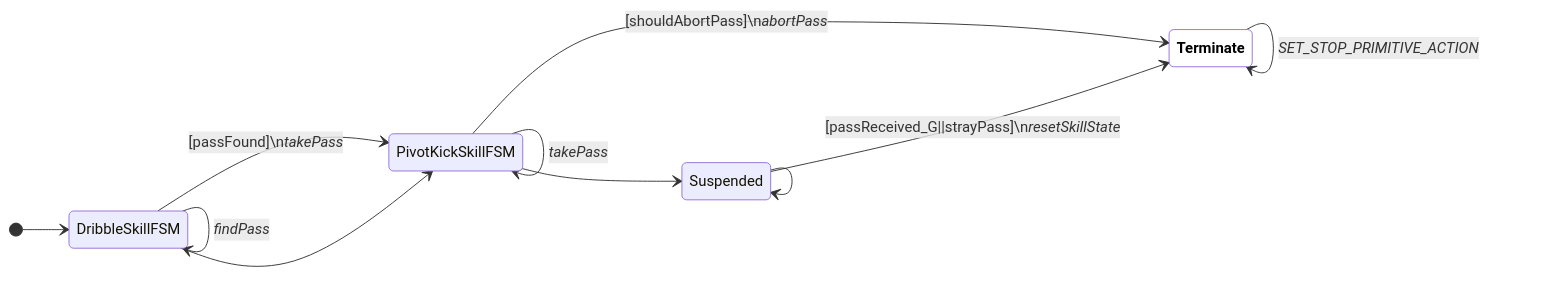
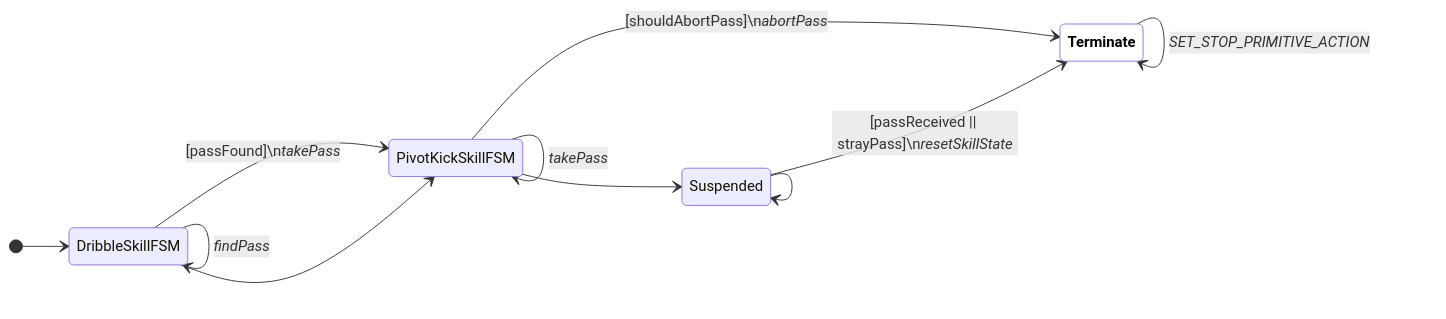
Before and after one commit to UBC-Thunderbots/Software: diagram 15 of 24 in docs/fsm-diagrams.md, drawn with Mermaid. The commit also changed other lines of this file and 71 other files, not shown here.

````diff
--- a/docs/fsm-diagrams.md
+++ b/docs/fsm-diagrams.md
@@ -245,17 +268,17 @@
 ```mermaid
 
 stateDiagram-v2
 classDef terminate fill:white,color:black,font-weight:bold
 direction LR
 [*] --> DribbleSkillFSM
 DribbleSkillFSM --> PivotKickSkillFSM : [passFound]\n<i>takePass</i>
 DribbleSkillFSM --> DribbleSkillFSM : <i>findPass</i>
 DribbleSkillFSM --> PivotKickSkillFSM
 PivotKickSkillFSM --> Terminate:::terminate : [shouldAbortPass]\n<i>abortPass</i>
 PivotKickSkillFSM --> PivotKickSkillFSM : <i>takePass</i>
 PivotKickSkillFSM --> Suspended
-Suspended --> Terminate:::terminate : [passReceived_G||strayPass]\n<i>resetSkillState</i>
+Suspended --> Terminate:::terminate : [passReceived || strayPass]\n<i>resetSkillState</i>
 Suspended --> Suspended
 Terminate:::terminate --> Terminate:::terminate : <i>SET_STOP_PRIMITIVE_ACTION</i>
 
 ```
````
